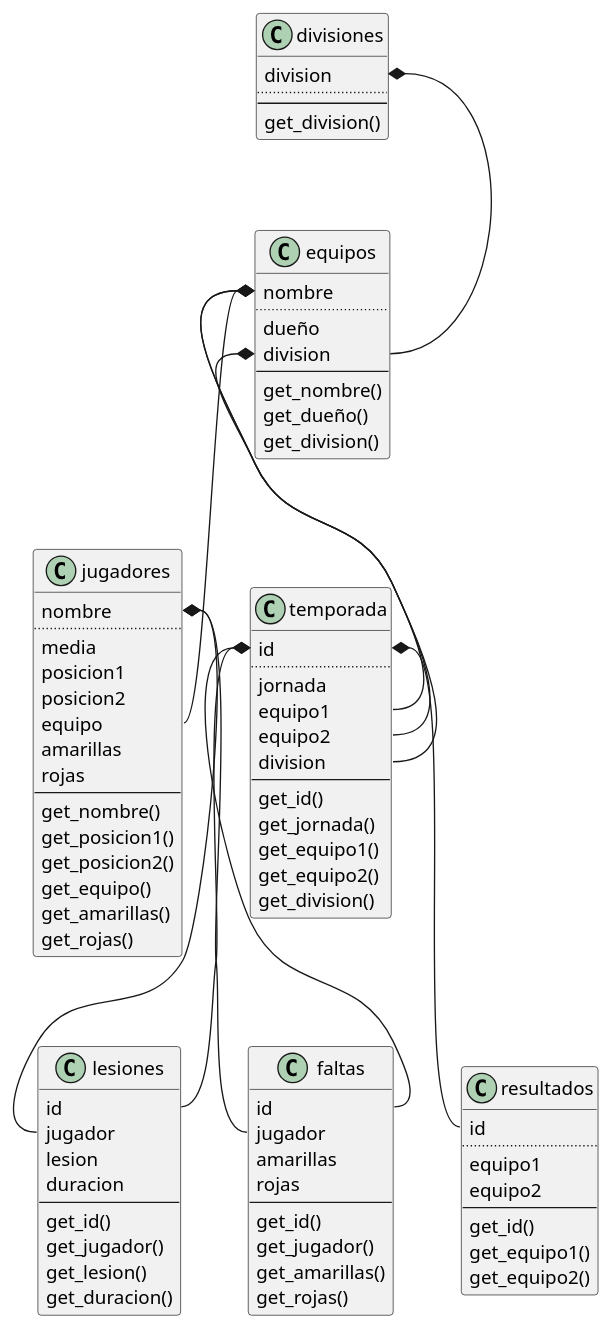
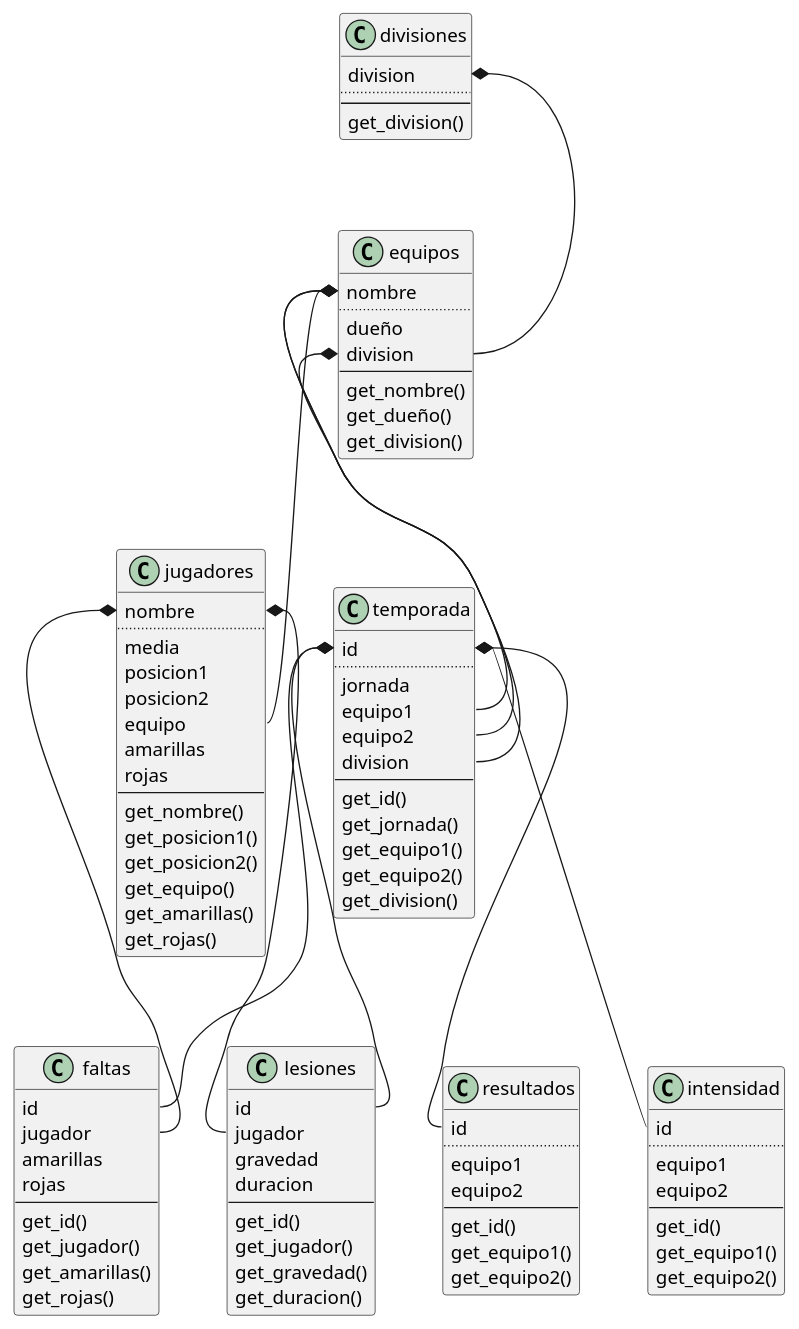
The diagram in schemas/Tablas.wsd (dualrpg/Liga), drawn with PlantUML before and after one commit. The commit also changed 2 other files, not shown here.

```diff
--- a/schemas/Tablas.wsd
+++ b/schemas/Tablas.wsd
@@ -1,91 +1,102 @@
 @startuml tablas
 class divisiones {
     division
     ....
     --
     get_division()
 }
 class equipos {
     nombre
     ....
     dueño
     division
     --
     get_nombre()
     get_dueño()
     get_division()
 }
 class jugadores {
     nombre
     ....
     media
     posicion1
     posicion2
     equipo
     amarillas
     rojas
     --
     get_nombre()
     get_posicion1()
     get_posicion2()
     get_equipo()
     get_amarillas()
     get_rojas()
 }
 class temporada{
     id
     ....
     jornada
     equipo1
     equipo2
     division
     --
     get_id()
     get_jornada()
     get_equipo1()
     get_equipo2()
     get_division()
 }
 class resultados{
     id
     ....
     equipo1
     equipo2
     --
     get_id()
     get_equipo1()
     get_equipo2()
 }
 class faltas {
     id
     jugador
     amarillas
     rojas
     --
     get_id()
     get_jugador()
     get_amarillas()
     get_rojas()
 }
 class lesiones {
     id
     jugador
-    lesion
+    gravedad
     duracion
     --
     get_id()
     get_jugador()
-    get_lesion()
+    get_gravedad()
     get_duracion()
+}
+class intensidad{
+    id
+    ....
+    equipo1
+    equipo2
+    --
+    get_id()
+    get_equipo1()
+    get_equipo2()
 }
 divisiones::division *-- equipos::division
 equipos::nombre *-- jugadores::equipo
 equipos::nombre *-- temporada::equipo1
 equipos::nombre *-- temporada::equipo2
 equipos::division *-- temporada::division
 temporada::id *-- faltas::id
 temporada::id *-- lesiones::id
 temporada::id *-- resultados::id
 jugadores::nombre *-- faltas::jugador
 jugadores::nombre *-- lesiones::jugador
+temporada::id *-- intensidad::id
 @enduml
```
